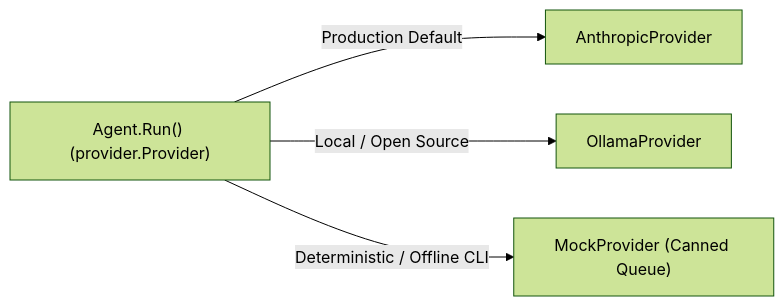
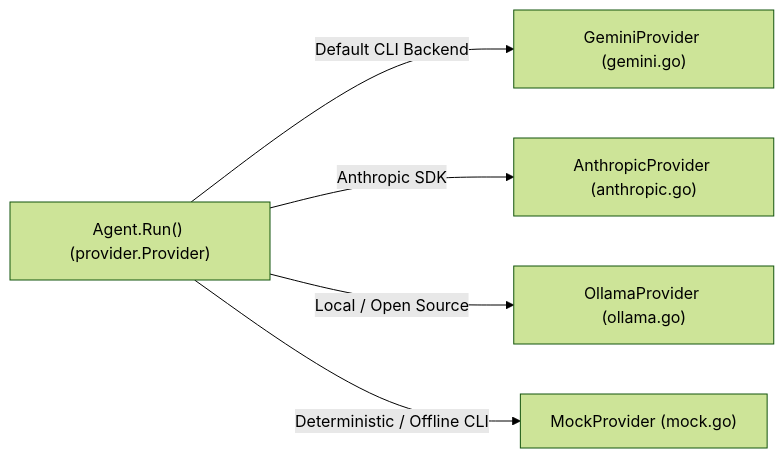
Before and after one commit to AntonioHellin/phi-code-agent: the diagram in docs/steps/16-providers-and-mocks.md, drawn with Mermaid (forest theme). The commit also changed other lines of this file and 18 other files, not shown here.

Commit message:
step/16-providers-and-mocks: feat: isolate provider contract and add gemini, ollama, and mock adapters

````diff
--- a/docs/steps/16-providers-and-mocks.md
+++ b/docs/steps/16-providers-and-mocks.md
@@ -12,7 +13,8 @@
 ```mermaid
 flowchart LR
     AgentLoop["Agent.Run() (provider.Provider)"]
-    AgentLoop -->|Production Default| Anthropic["AnthropicProvider"]
-    AgentLoop -->|Local / Open Source| Ollama["OllamaProvider"]
-    AgentLoop -->|Deterministic / Offline CLI| Mock["MockProvider (Canned Queue)"]
+    AgentLoop -->|Default CLI Backend| Gemini["GeminiProvider (gemini.go)"]
+    AgentLoop -->|Anthropic SDK| Anthropic["AnthropicProvider (anthropic.go)"]
+    AgentLoop -->|Local / Open Source| Ollama["OllamaProvider (ollama.go)"]
+    AgentLoop -->|Deterministic / Offline CLI| Mock["MockProvider (mock.go)"]
 ```
````
